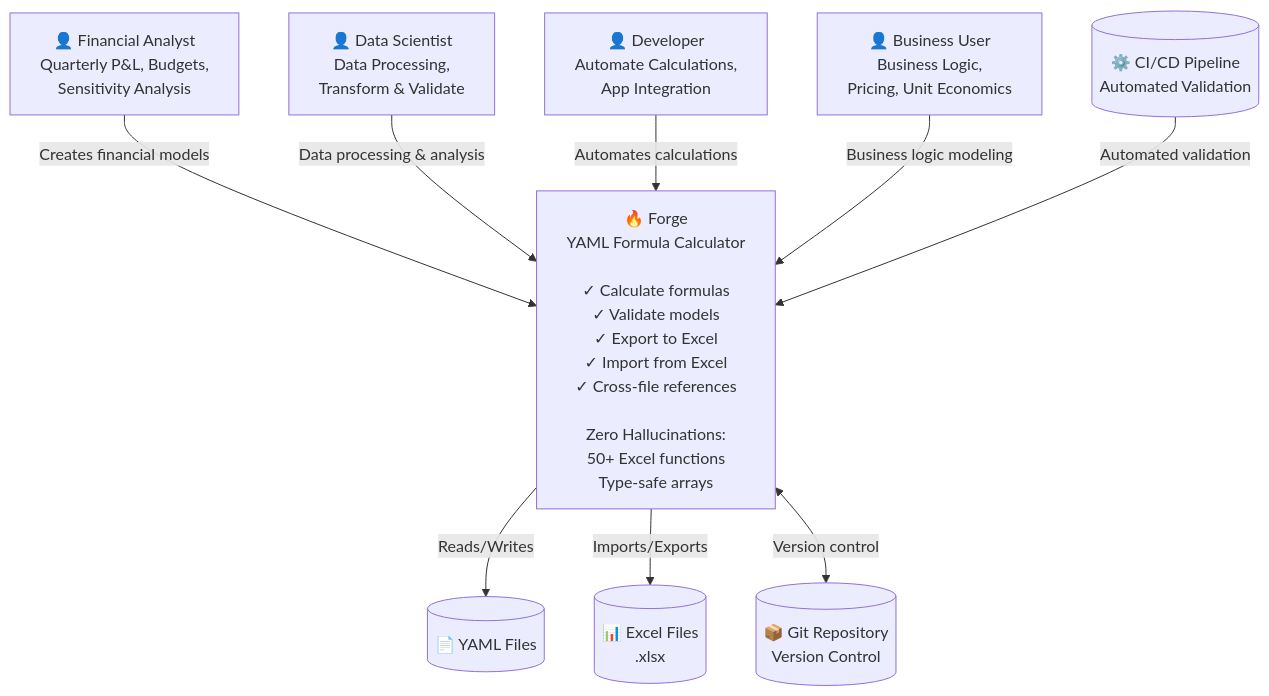
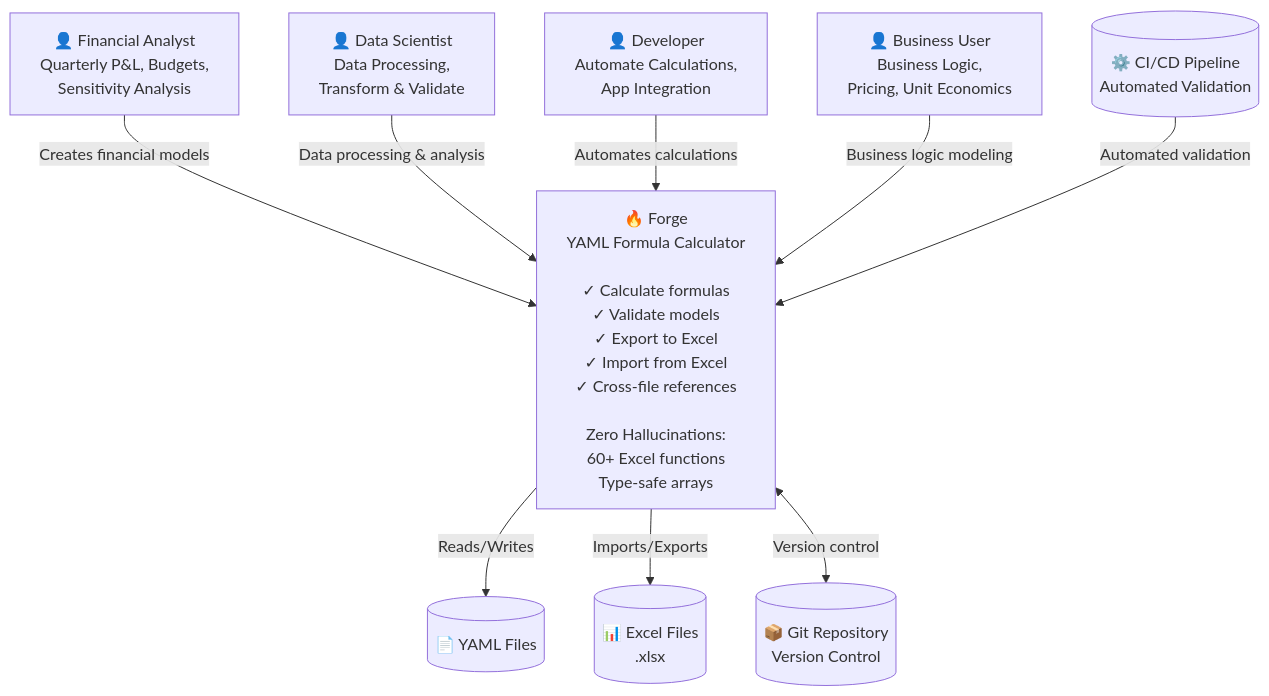
The first of 2 diagrams in docs/architecture/00-OVERVIEW.md (mollendorff-ai/forge), drawn with Mermaid before and after one commit. The commit also changed other lines of this file and 9 other files, not shown here.

````diff
--- a/docs/architecture/00-OVERVIEW.md
+++ b/docs/architecture/00-OVERVIEW.md
@@ -59,28 +59,28 @@
 ```mermaid
 graph TB
     %% External Actors
     analyst["👤 Financial Analyst<br/>Quarterly P&L, Budgets,<br/>Sensitivity Analysis"]
     datascientist["👤 Data Scientist<br/>Data Processing,<br/>Transform & Validate"]
     developer["👤 Developer<br/>Automate Calculations,<br/>App Integration"]
     business["👤 Business User<br/>Business Logic,<br/>Pricing, Unit Economics"]
 
     %% Forge System
-    forge["🔥 Forge<br/>YAML Formula Calculator<br/><br/>✓ Calculate formulas<br/>✓ Validate models<br/>✓ Export to Excel<br/>✓ Import from Excel<br/>✓ Cross-file references<br/><br/>Zero Hallucinations:<br/>50+ Excel functions<br/>Type-safe arrays"]
+    forge["🔥 Forge<br/>YAML Formula Calculator<br/><br/>✓ Calculate formulas<br/>✓ Validate models<br/>✓ Export to Excel<br/>✓ Import from Excel<br/>✓ Cross-file references<br/><br/>Zero Hallucinations:<br/>60+ Excel functions<br/>Type-safe arrays"]
 
     %% External Systems
     git[("📦 Git Repository<br/>Version Control")]
     excel[("📊 Excel Files<br/>.xlsx")]
     yaml[("📄 YAML Files")]
     cicd[("⚙️ CI/CD Pipeline<br/>Automated Validation")]
 
     %% Relationships
     analyst -->|Creates financial models| forge
     datascientist -->|Data processing & analysis| forge
     developer -->|Automates calculations| forge
     business -->|Business logic modeling| forge
 
     forge -->|Reads/Writes| yaml
     forge -->|Imports/Exports| excel
     forge <-->|Version control| git
     cicd -->|Automated validation| forge
 ```
````
